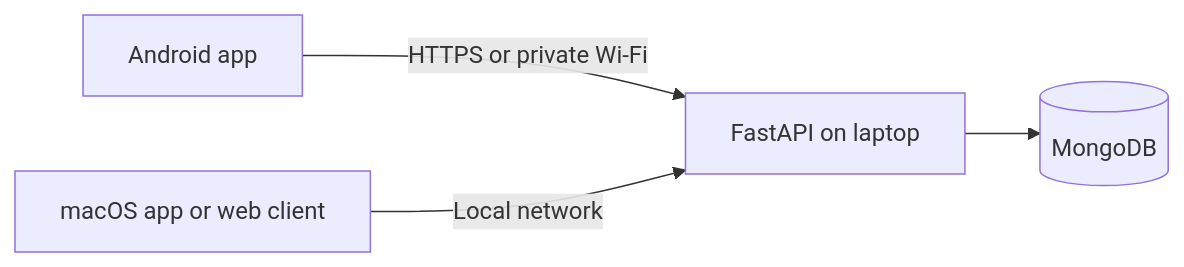
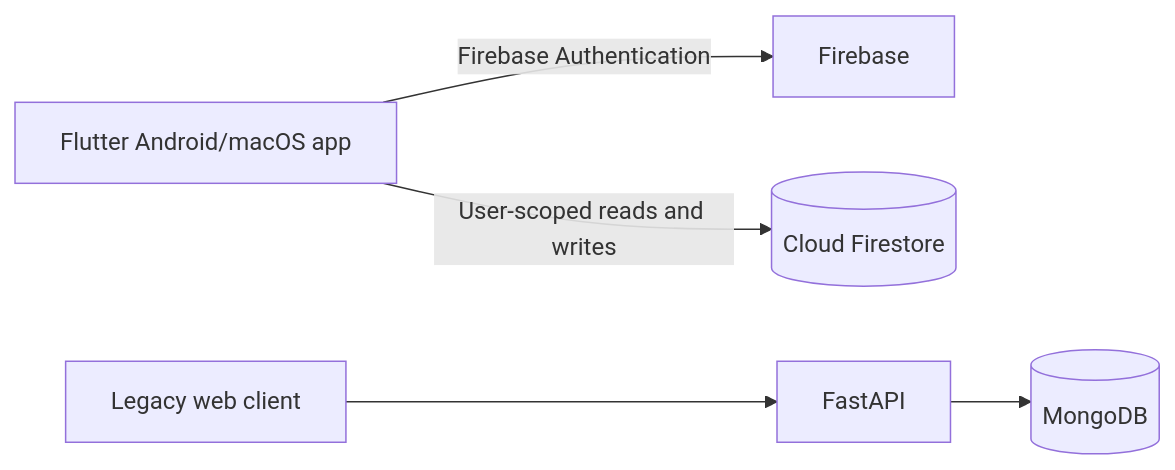
Before and after one commit to Vish-nath/Beluga: the diagram in README.md, drawn with Mermaid. The commit also changed other lines of this file and 11 other files, not shown here.

First line of the commit message:
feat: migrate mobile app to Firebase Firestore and Authentication

````diff
--- a/README.md
+++ b/README.md
@@ -36,6 +37,7 @@
 ```mermaid
 flowchart LR
-  A[Android app] -->|HTTPS or private Wi-Fi| C[FastAPI on laptop]
-  B[macOS app or web client] -->|Local network| C
+  A[Flutter Android/macOS app] -->|Firebase Authentication| F[Firebase]
+  A -->|User-scoped reads and writes| E[(Cloud Firestore)]
+  B[Legacy web client] --> C[FastAPI]
   C --> D[(MongoDB)]
 ```
````
